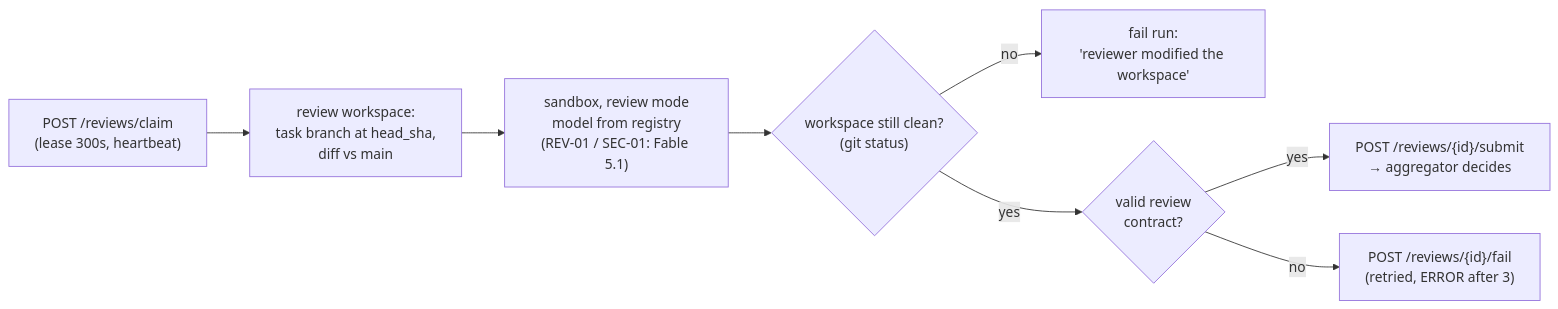
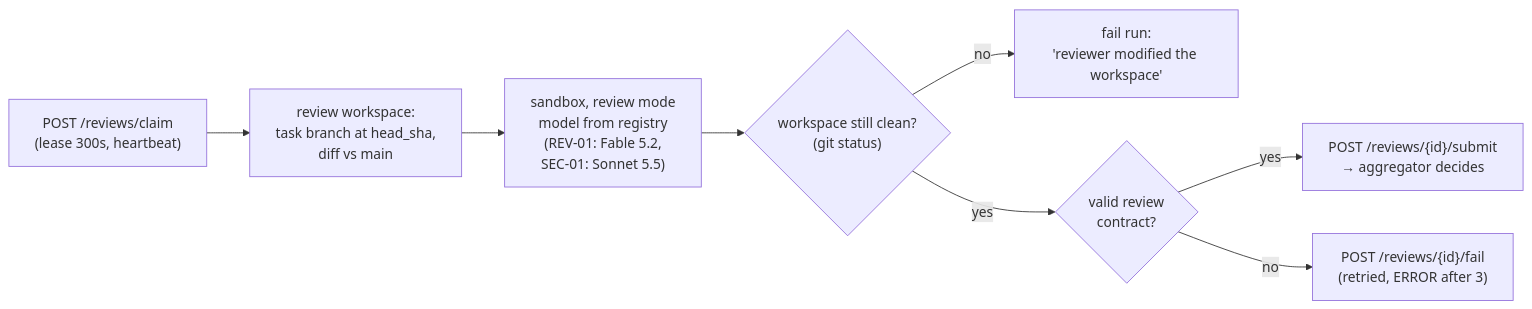
Diagram 17 of 20 in docs/guide/12-reviews-and-ci.md (bharathcmbox/axiom), drawn with Mermaid before and after one commit. The commit also changed other lines of this file and 18 other files, not shown here.

First line of the commit message:
Phase 5 T1: Fable 5.2 for code review, Sonnet 5.5 for security review

````diff
--- a/docs/guide/12-reviews-and-ci.md
+++ b/docs/guide/12-reviews-and-ci.md
@@ -507,10 +507,10 @@
 ```mermaid
 flowchart LR
     c["POST /reviews/claim<br/>(lease 300s, heartbeat)"] --> w["review workspace:<br/>task branch at head_sha,<br/>diff vs main"]
-    w --> run["sandbox, review mode<br/>model from registry<br/>(REV-01 / SEC-01: Fable 5.1)"]
+    w --> run["sandbox, review mode<br/>model from registry<br/>(REV-01: Fable 5.2,<br/>SEC-01: Sonnet 5.5)"]
     run --> chk{"workspace still clean?<br/>(git status)"}
     chk -->|no| f1["fail run:<br/>'reviewer modified the workspace'"]
     chk -->|yes| ok{"valid review<br/>contract?"}
     ok -->|yes| sub["POST /reviews/{id}/submit<br/>→ aggregator decides"]
     ok -->|no| f2["POST /reviews/{id}/fail<br/>(retried, ERROR after 3)"]
 ```
````
